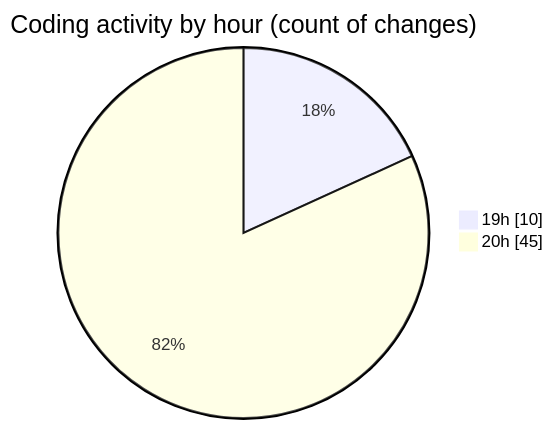
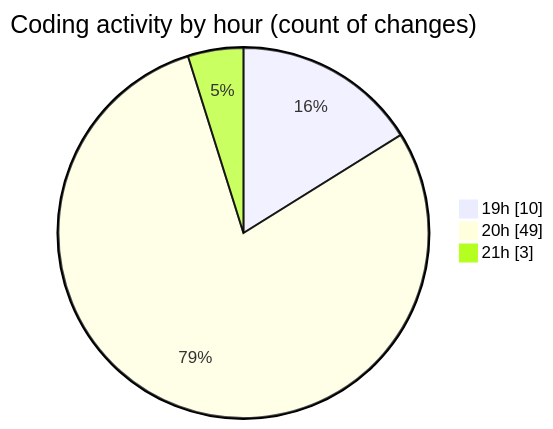
The second of 2 diagrams in 2025-01-28/trollerboard/README.md (charlie-sans/code-tracking), drawn with Mermaid before and after one commit. The commit also changed other lines of this file and 1 other file, not shown here.

````diff
--- a/2025-01-28/trollerboard/README.md
+++ b/2025-01-28/trollerboard/README.md
@@ -37,6 +37,7 @@
 ```mermaid
 pie showData
 title Coding activity by hour (count of changes)
 "19h" : 10
-"20h" : 45
+"20h" : 49
+"21h" : 3
 ```
````
